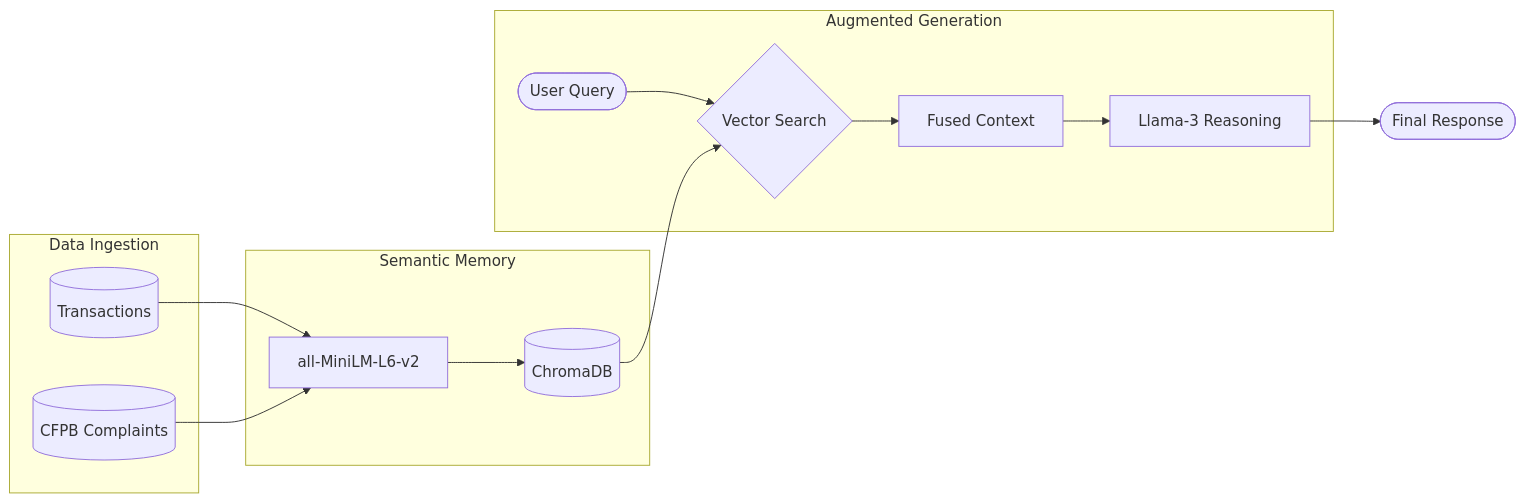
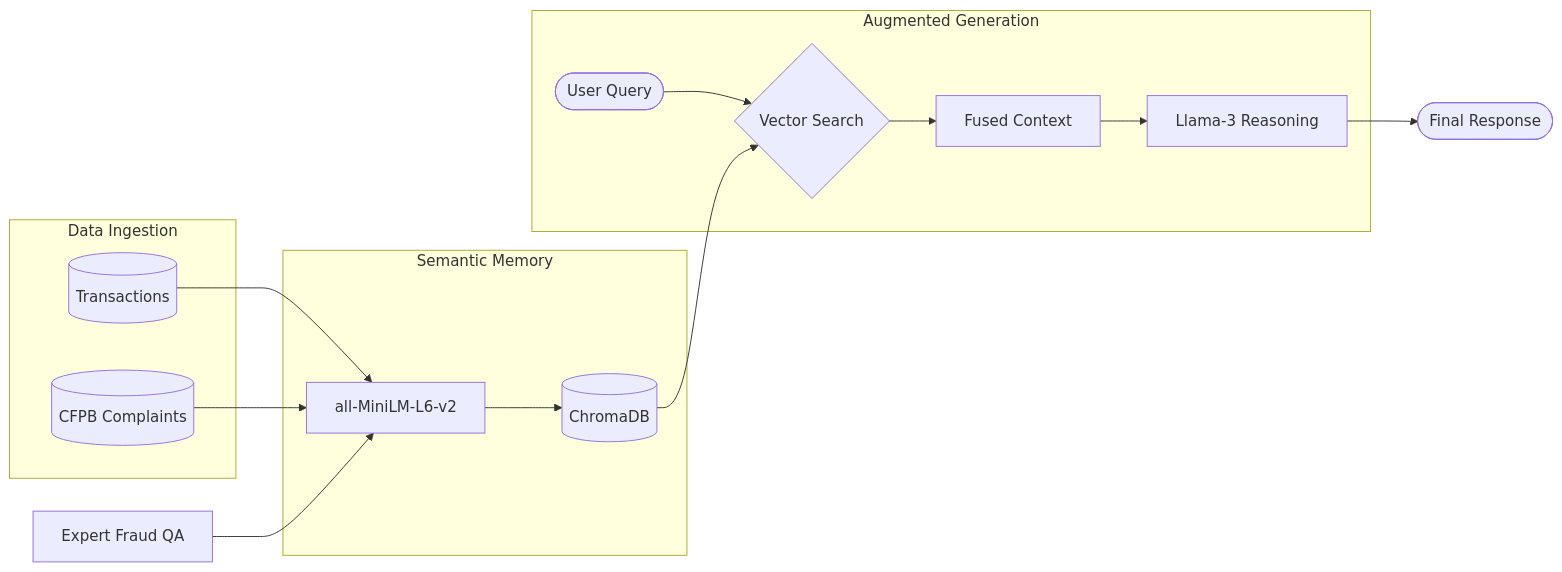
One commit to ladkrutarth/Veriscan-Cortex changed the second of 4 diagrams in README.md. Above: the diagram before and after it, drawn with Mermaid. The commit also changed other lines of this file and 3 other files, not shown here.

Commit message:
feat: Decouple monolith to FastAPI microservices, implement specialized multi-agent system, and integrate expert fraud intelligence dataset

````diff
--- a/README.md
+++ b/README.md
@@ -57,28 +60,29 @@
 ```mermaid
 graph LR
     subgraph Ingestion [Data Ingestion]
         TXN[(Transactions)]
         CFPB[(CFPB Complaints)]
     end
 
     subgraph VectorDB [Semantic Memory]
         Embed[all-MiniLM-L6-v2]
         Chroma[(ChromaDB)]
     end
 
     subgraph Retrieval [Augmented Generation]
         Query([User Query])
         Search{Vector Search}
         Context[Fused Context]
         LLM[Llama-3 Reasoning]
     end
 
     TXN --> Embed
     CFPB --> Embed
+    EXPERT[Expert Fraud QA] --> Embed
     Embed --> Chroma
     Query --> Search
     Chroma --> Search
     Search --> Context
     Context --> LLM
     LLM --> Answer([Final Response])
 ```
````
